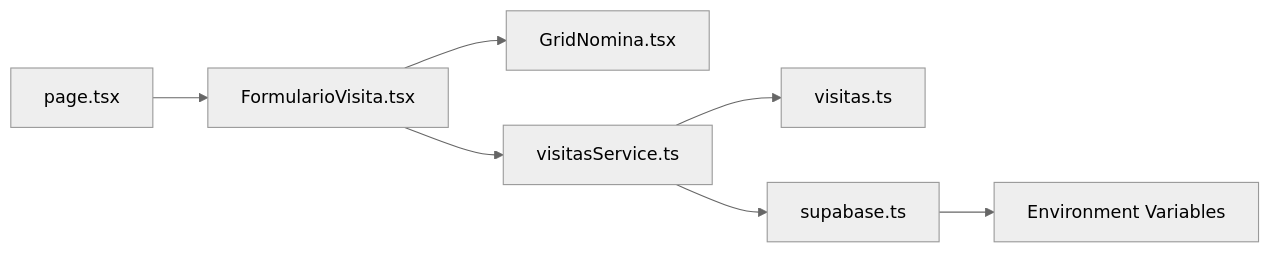
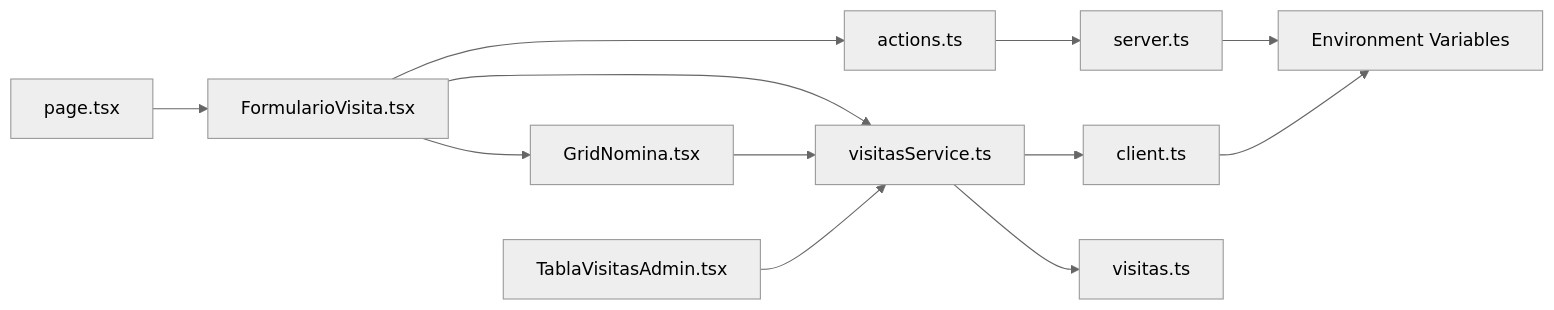
One commit to AgusCatra/simu-twin-web changed the fourth of 4 diagrams in .qoder/repowiki/en/content/Core Services & Business Logic/Visit Management Service.md. Above: the diagram before and after it, drawn with Mermaid (neutral theme). The commit also changed other lines of this file and 16 other files, not shown here.

````diff
--- a/.qoder/repowiki/en/content/Core Services & Business Logic/Visit Management Service.md
+++ b/.qoder/repowiki/en/content/Core Services & Business Logic/Visit Management Service.md
@@ -445,9 +482,14 @@
 ```mermaid
 graph LR
 PAGE["page.tsx"] --> FORM["FormularioVisita.tsx"]
 FORM --> GRID["GridNomina.tsx"]
+FORM --> ACTION["actions.ts"]
 FORM --> SVC["visitasService.ts"]
+ACTION --> SERVER_SUP["server.ts"]
+SVC --> CLIENT_SUP["client.ts"]
+GRID --> SVC
+ADMIN["TablaVisitasAdmin.tsx"] --> SVC
 SVC --> TYPES["visitas.ts"]
-SVC --> SUP["supabase.ts"]
-SUP --> ENV["Environment Variables"]
+SERVER_SUP --> ENV["Environment Variables"]
+CLIENT_SUP --> ENV
 ```
````
